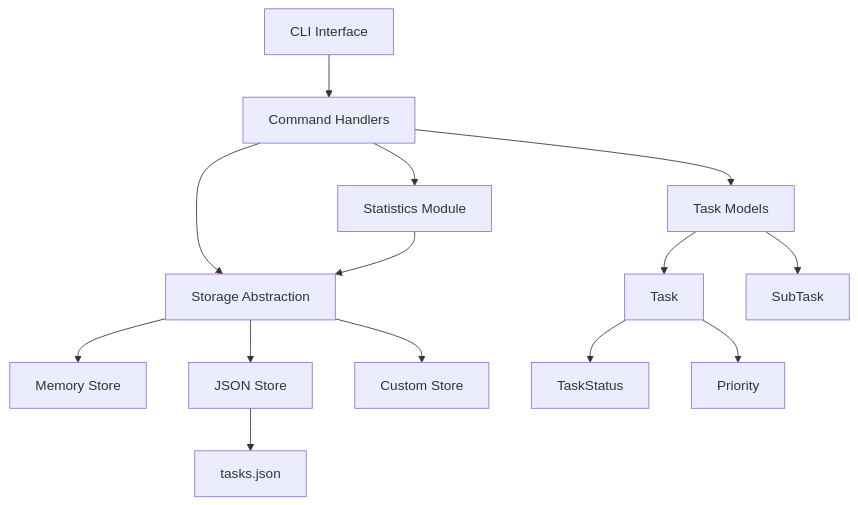
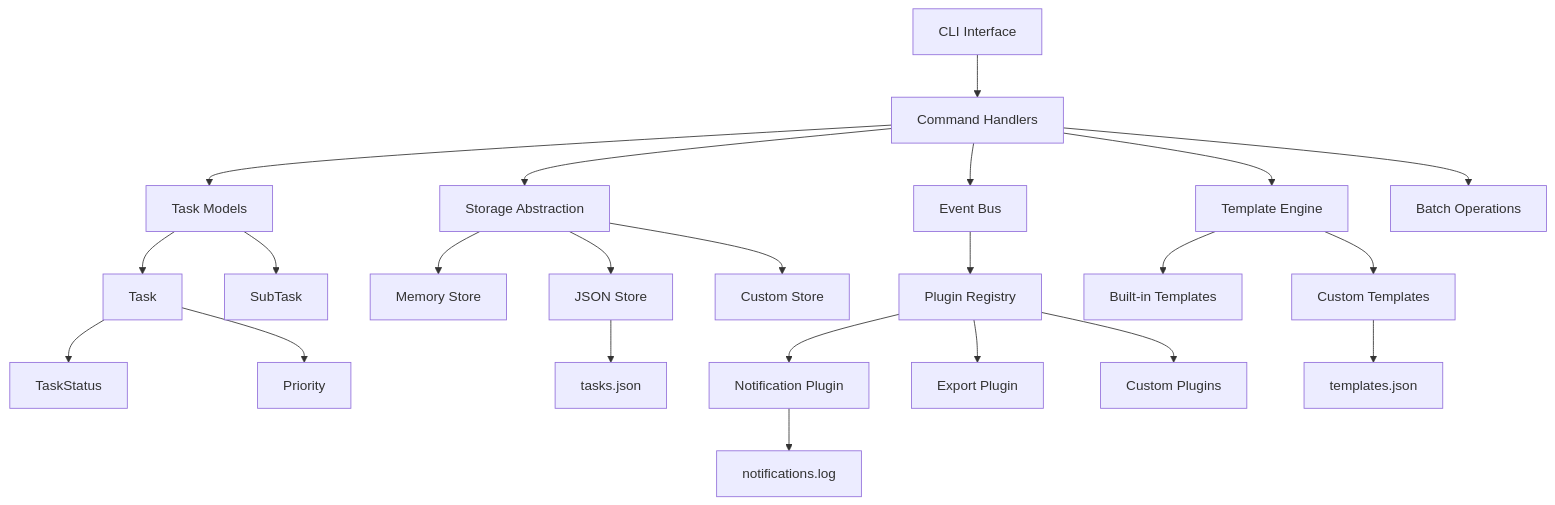
The diagram in docs/architecture/overview.md (TheBinKing/dif-test), drawn with Mermaid before and after one commit. The commit also changed other lines of this file and 6 other files, not shown here.

````diff
--- a/docs/architecture/overview.md
+++ b/docs/architecture/overview.md
@@ -11,16 +11,30 @@
 ```mermaid
 graph TD
     A[CLI Interface] --> B[Command Handlers]
     B --> C[Task Models]
     B --> D[Storage Abstraction]
-    D --> E[Memory Store]
-    D --> F[JSON Store] 
-    D --> G[Custom Store]
-    C --> H[Task]
-    C --> I[SubTask]
-    H --> J[TaskStatus]
-    H --> K[Priority]
-    F --> L[tasks.json]
-    M[Statistics Module] --> D
-    B --> M
+    B --> E[Event Bus]
+    B --> F[Template Engine]
+    B --> G[Batch Operations]
+    
+    E --> H[Plugin Registry]
+    H --> I[Notification Plugin]
+    H --> J[Export Plugin]
+    H --> K[Custom Plugins]
+    
+    D --> L[Memory Store]
+    D --> M[JSON Store] 
+    D --> N[Custom Store]
+    
+    F --> O[Built-in Templates]
+    F --> P[Custom Templates]
+    
+    C --> Q[Task]
+    C --> R[SubTask]
+    Q --> S[TaskStatus]
+    Q --> T[Priority]
+    
+    M --> U[tasks.json]
+    P --> V[templates.json]
+    I --> W[notifications.log]
 ```
````
